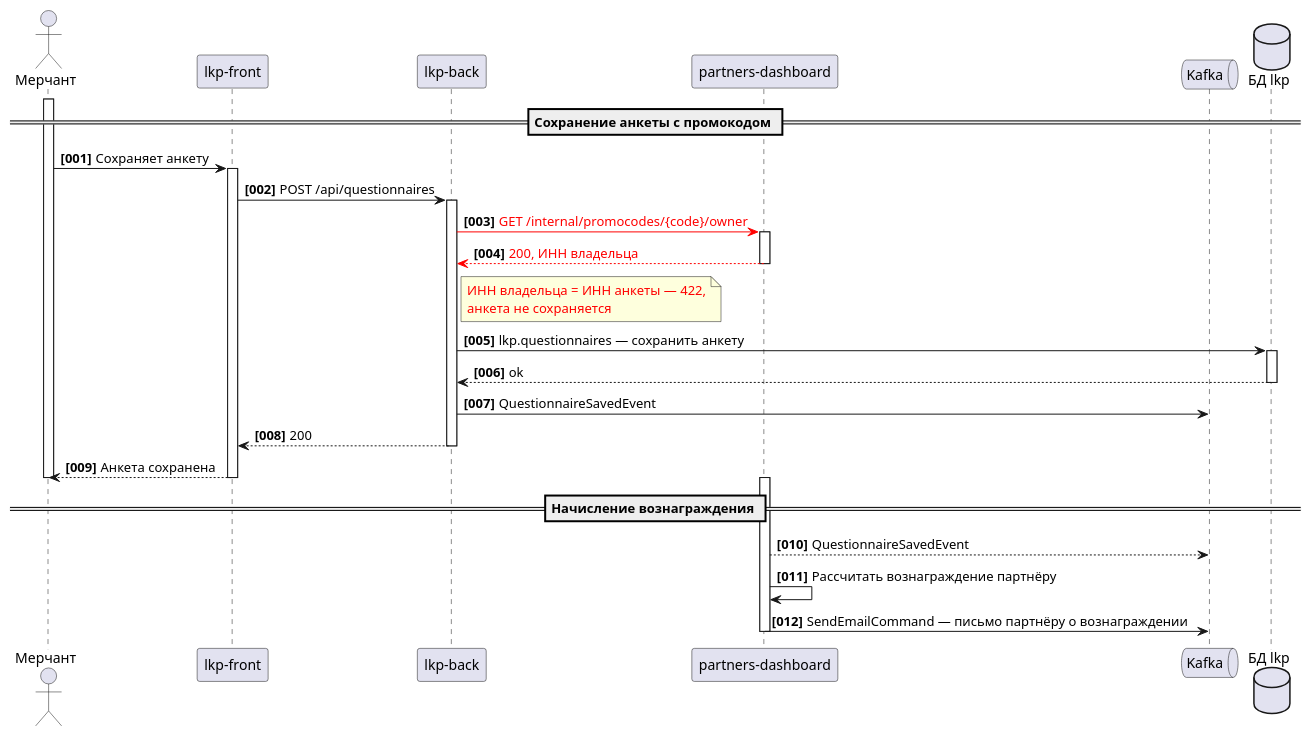
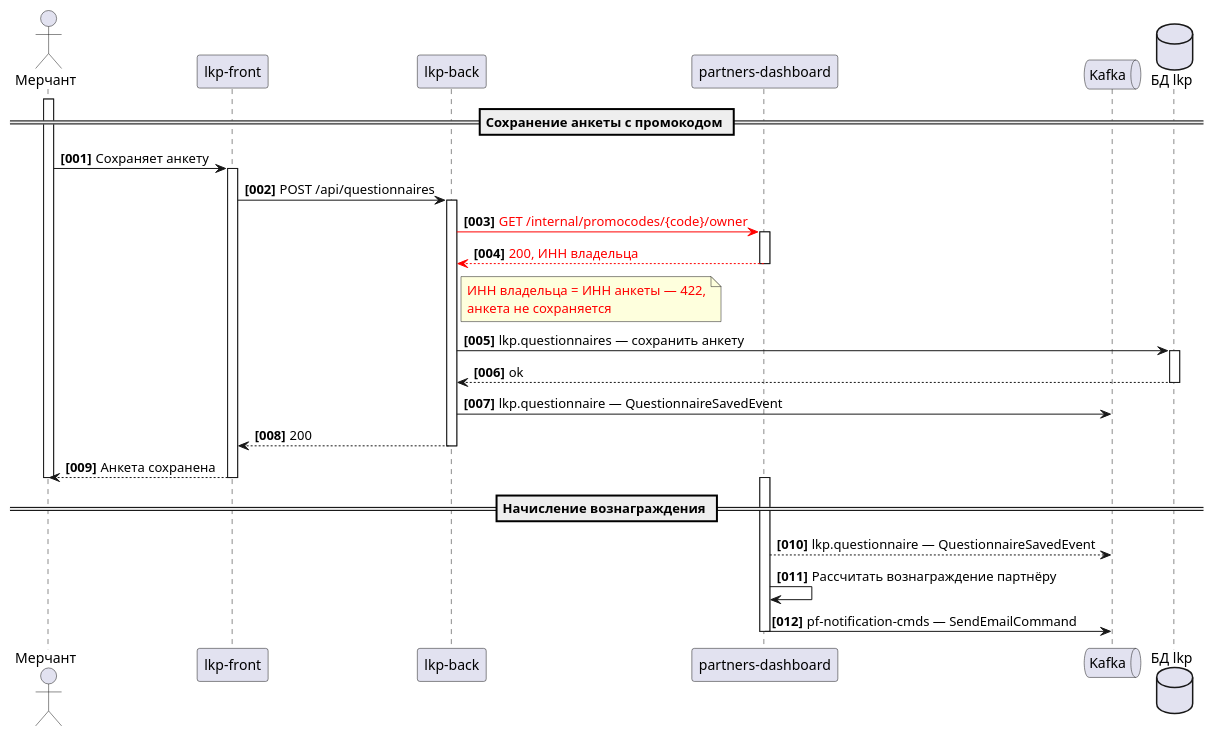
The diagram in skills/puml-sequence/SKILL.md (urbanwatafaka/sa-skills), drawn with PlantUML before and after one commit. The commit also changed other lines of this file and 8 other files, not shown here.

Commit message:
fix(diagrams): на стрелках и связях с Kafka — топик: «<топик> — Событие», несогласованный — ХХХХХ; проверка в sa_puml.py check; версия 0.8.2

````diff
--- a/skills/puml-sequence/SKILL.md
+++ b/skills/puml-sequence/SKILL.md
@@ -20,40 +20,40 @@
 ```plantuml
 @startuml
 autonumber "<b>[000]"
 actor "Мерчант" as merchant
 participant "lkp-front" as front
 participant "lkp-back" as back
 participant "partners-dashboard" as pd
 queue "Kafka" as kafka
 database "БД lkp" as db
 
 == Сохранение анкеты с промокодом ==
 activate merchant
 merchant -> front: Сохраняет анкету
 activate front
 front -> back: POST /api/questionnaires
 activate back
 back [#red]-> pd: <color:red>GET /internal/promocodes/{code}/owner</color>
 activate pd
 pd [#red]--> back: <color:red>200, ИНН владельца</color>
 deactivate pd
 note right of back: <color:red>ИНН владельца = ИНН анкеты — 422,</color>\n<color:red>анкета не сохраняется</color>
 back -> db: lkp.questionnaires — сохранить анкету
 activate db
 db --> back: ok
 deactivate db
-back -> kafka: QuestionnaireSavedEvent
+back -> kafka: lkp.questionnaire — QuestionnaireSavedEvent
 back --> front: 200
 deactivate back
 front --> merchant: Анкета сохранена
 deactivate front
 deactivate merchant
 
 == Начисление вознаграждения ==
 activate pd
-pd --> kafka: QuestionnaireSavedEvent
+pd --> kafka: lkp.questionnaire — QuestionnaireSavedEvent
 pd -> pd: Рассчитать вознаграждение партнёру
-pd -> kafka: SendEmailCommand — письмо партнёру о вознаграждении
+pd -> kafka: pf-notification-cmds — SendEmailCommand
 deactivate pd
 @enduml
 ```
````
